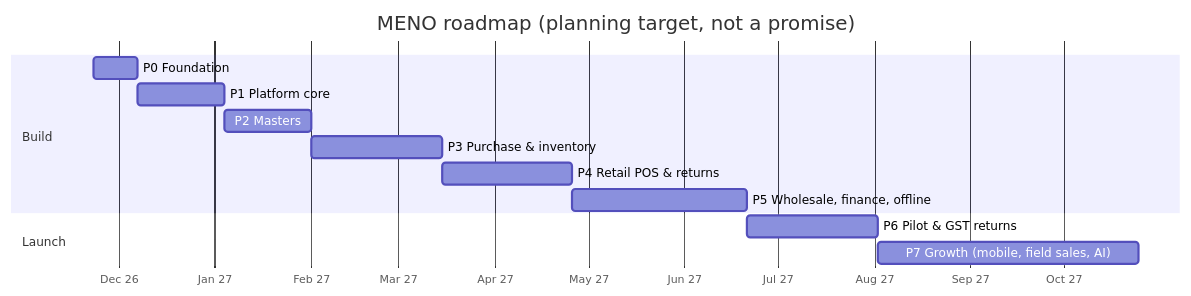
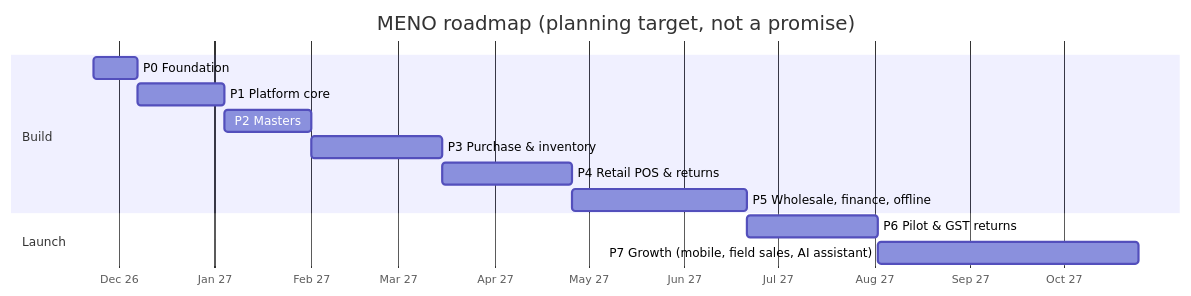
One commit to Setups-Works/medical-erp changed the diagram in docs/planning/PHASES.md. Above: the diagram before and after it, drawn with Mermaid. The commit also changed other lines of this file and 46 other files, not shown here.

````diff
--- a/docs/planning/PHASES.md
+++ b/docs/planning/PHASES.md
@@ -7,16 +7,16 @@
 ```mermaid
 gantt
     title MENO roadmap (planning target, not a promise)
     dateFormat  YYYY-MM-DD
     axisFormat  %b %y
     section Build
     P0 Foundation            :p0, 2026-11-23, 2w
     P1 Platform core         :p1, after p0, 4w
     P2 Masters               :p2, after p1, 4w
     P3 Purchase & inventory  :p3, after p2, 6w
     P4 Retail POS & returns  :p4, after p3, 6w
     P5 Wholesale, finance, offline :p5, after p4, 8w
     section Launch
     P6 Pilot & GST returns   :p6, after p5, 6w
-    P7 Growth (mobile, field sales, AI) :p7, after p6, 12w
+    P7 Growth (mobile, field sales, AI assistant) :p7, after p6, 12w
 ```
````
